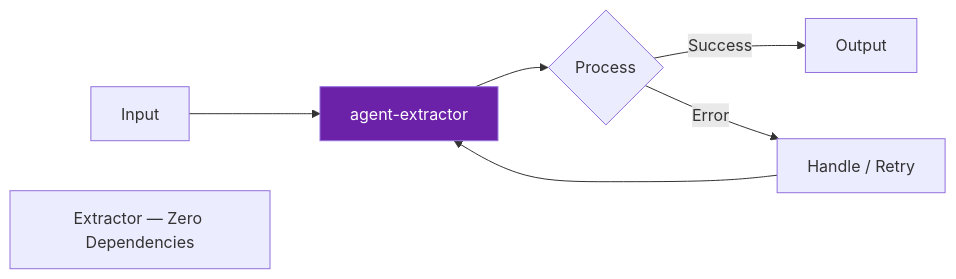
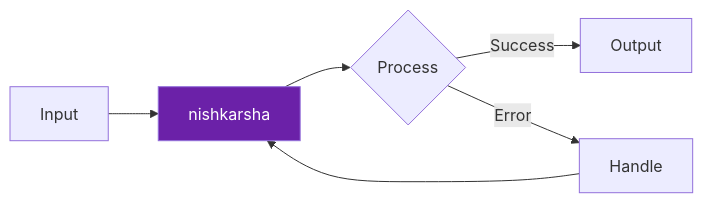
One commit to darshjme/agent-extractor changed the diagram in README.md. Above: the diagram before and after it, drawn with Mermaid. The commit also changed other lines of this file and 1 other file, not shown here.

First line of the commit message:
feat(vedic-v3): rename to nishkarsha (निष्कर्ष)

````diff
--- a/README.md
+++ b/README.md
@@ -48,10 +39,9 @@
 ```mermaid
 flowchart LR
-    A[Input] --> B[agent-extractor]
+    A[Input] --> B[nishkarsha]
     B --> C{Process}
     C -- Success --> D[Output]
-    C -- Error --> E[Handle / Retry]
+    C -- Error --> E[Handle]
     E --> B
     style B fill:#6b21a8,color:#fff
-    note["Extractor — Zero Dependencies"]
 ```
````
